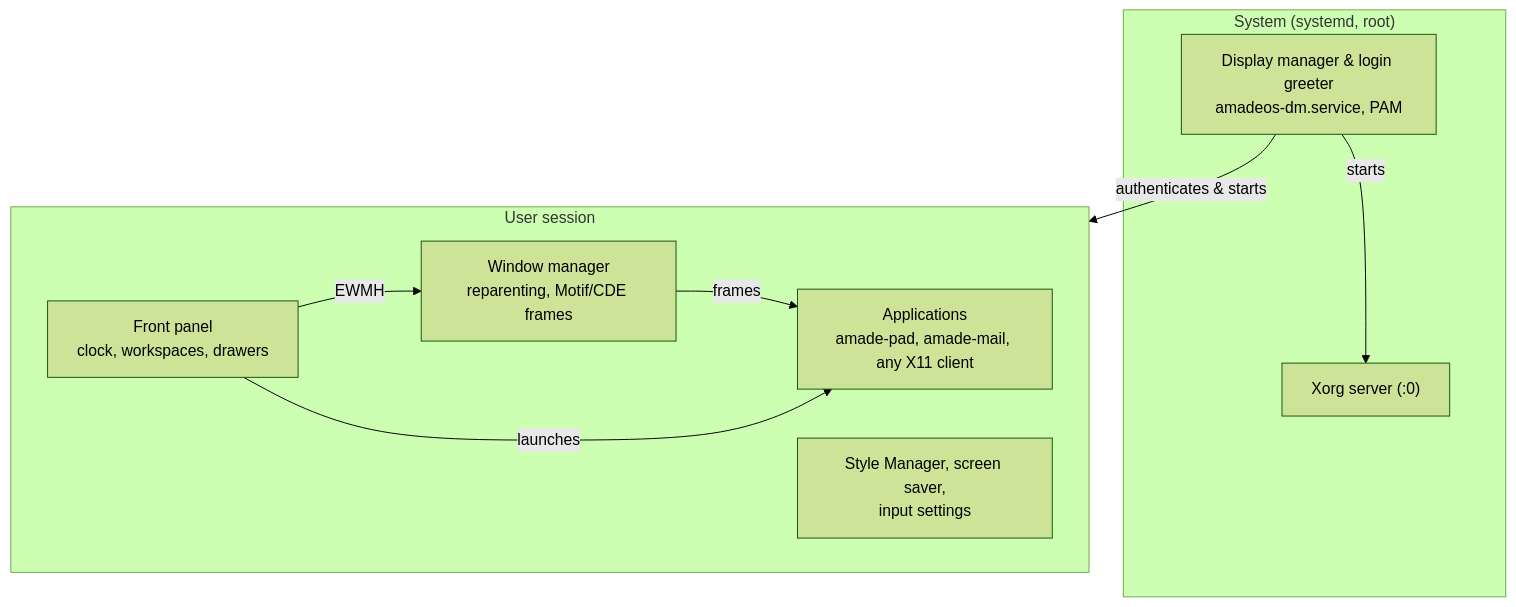
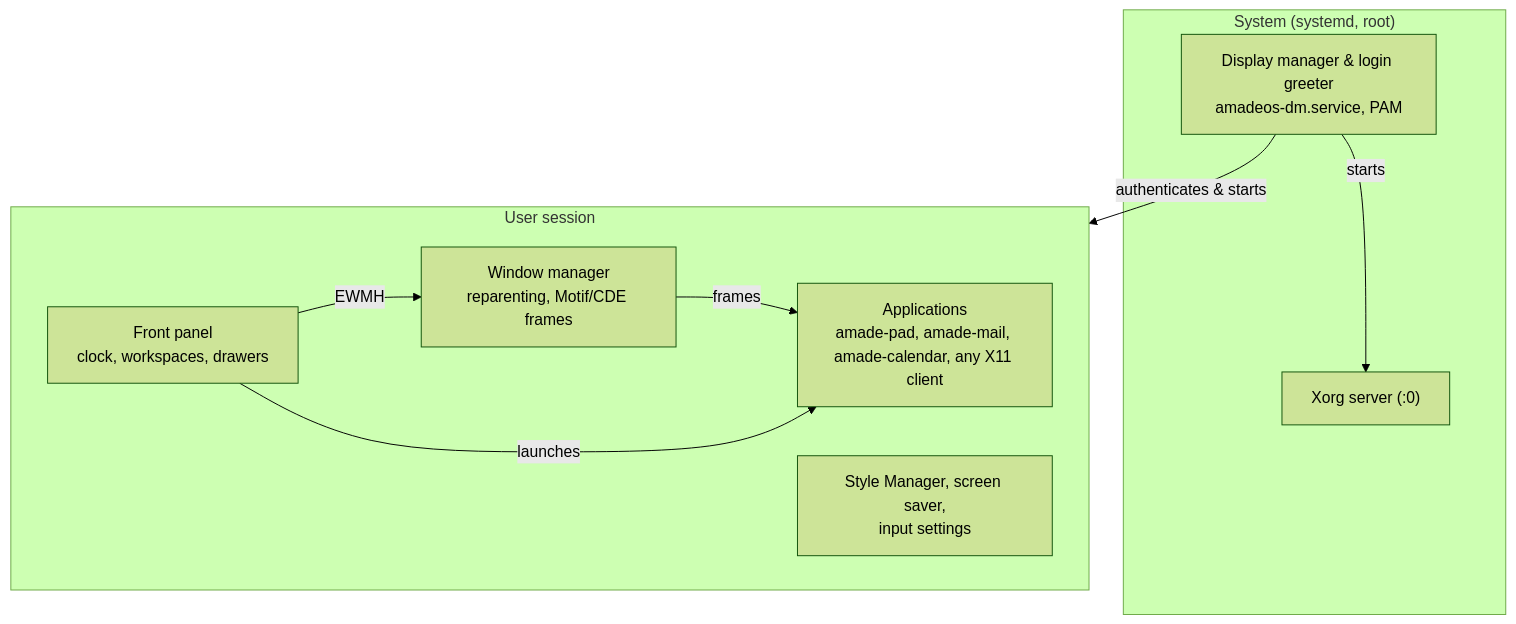
Before and after one commit to amadeos-eu/amadeos: the diagram in README.md, drawn with Mermaid (forest theme). The commit also changed other lines of this file, not shown here.

Commit message:
README: amade-calendar in the amadeOS family

````diff
--- a/README.md
+++ b/README.md
@@ -47,18 +47,18 @@
 ```mermaid
 flowchart TD
     subgraph System ["System (systemd, root)"]
         DM["Display manager & login greeter<br>amadeos-dm.service, PAM"]
         Xorg["Xorg server (:0)"]
     end
     subgraph Session ["User session"]
         WM["Window manager<br>reparenting, Motif/CDE frames"]
         Panel["Front panel<br>clock, workspaces, drawers"]
         Tools["Style Manager, screen saver,<br>input settings"]
-        Apps["Applications<br>amade-pad, amade-mail, any X11 client"]
+        Apps["Applications<br>amade-pad, amade-mail, amade-calendar, any X11 client"]
     end
     DM -->|starts| Xorg
     DM -->|authenticates & starts| Session
     WM -->|frames| Apps
     Panel -->|EWMH| WM
     Panel -->|launches| Apps
 ```
````
